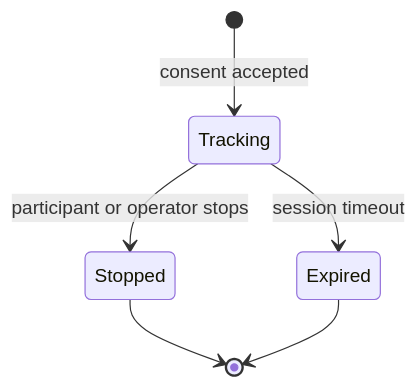
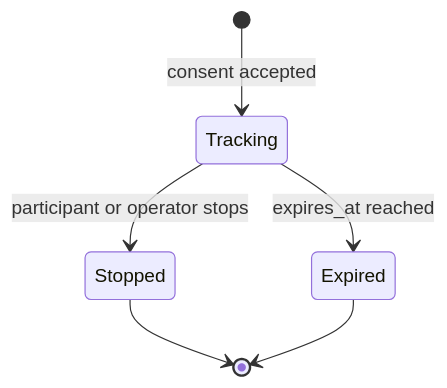
One commit to Mino829/trace-campus-installation changed the first of 4 diagrams in docs/state-machine.md. Above: the diagram before and after it, drawn with Mermaid. The commit also changed other lines of this file and 5 other files, not shown here.

````diff
--- a/docs/state-machine.md
+++ b/docs/state-machine.md
@@ -16,8 +16,8 @@
 ```mermaid
 stateDiagram-v2
     [*] --> Tracking: consent accepted
     Tracking --> Stopped: participant or operator stops
-    Tracking --> Expired: session timeout
+    Tracking --> Expired: expires_at reached
     Stopped --> [*]
     Expired --> [*]
 ```
````
